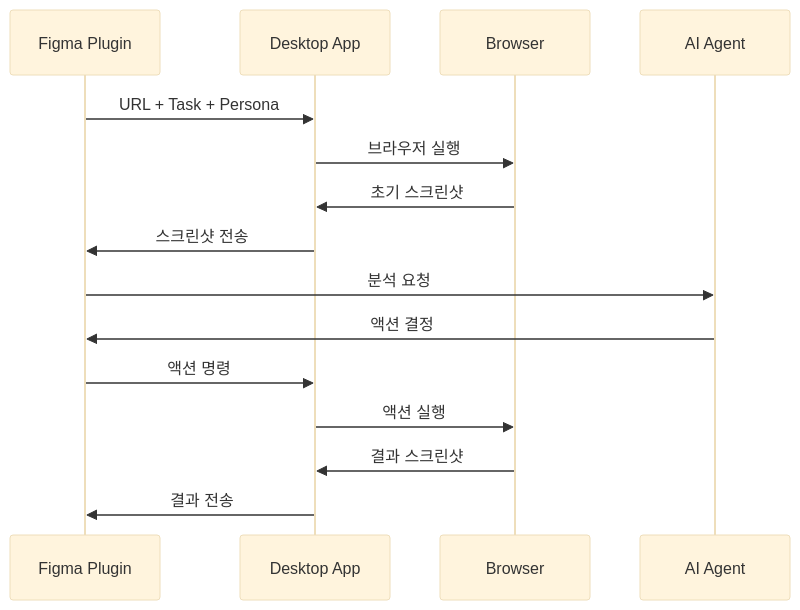
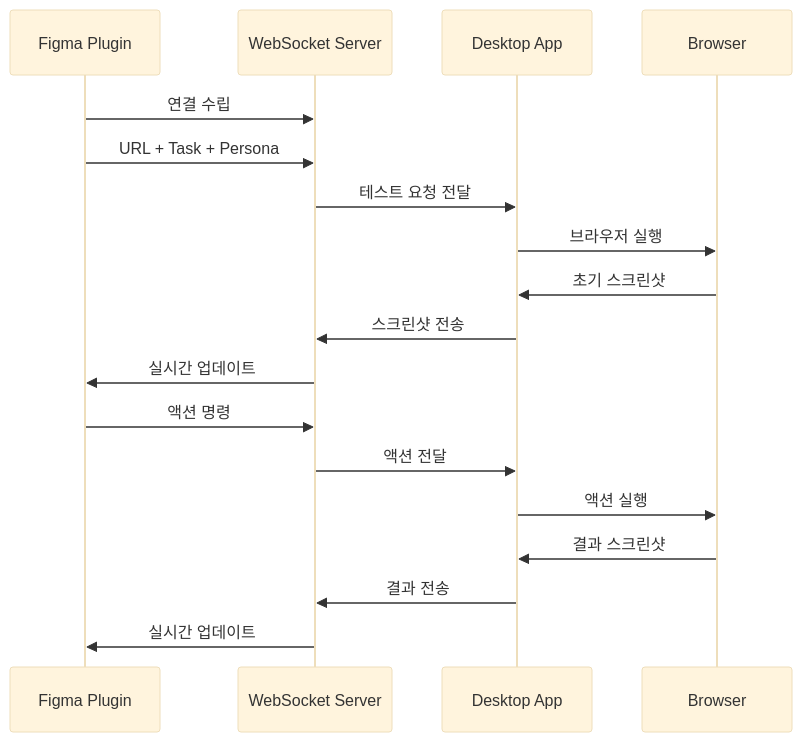
The diagram in README.md (FigmaAI/KleverDesktop), drawn with Mermaid (base theme) before and after one commit. The commit also changed other lines of this file and 21 other files, not shown here.

````diff
--- a/README.md
+++ b/README.md
@@ -9,17 +20,21 @@
 ```mermaid
 sequenceDiagram
-participant F as Figma Plugin
-participant D as Desktop App
-participant B as Browser
-participant A as AI Agent
-F->>D: URL + Task + Persona
-D->>B: 브라우저 실행
-B->>D: 초기 스크린샷
-D->>F: 스크린샷 전송
-F->>A: 분석 요청
-A->>F: 액션 결정
-F->>D: 액션 명령
-D->>B: 액션 실행
-B->>D: 결과 스크린샷
-D->>F: 결과 전송
+    participant F as Figma Plugin
+    participant W as WebSocket Server
+    participant D as Desktop App
+    participant B as Browser
+
+    F->>W: 연결 수립
+    F->>W: URL + Task + Persona
+    W->>D: 테스트 요청 전달
+    D->>B: 브라우저 실행
+    B->>D: 초기 스크린샷
+    D->>W: 스크린샷 전송
+    W->>F: 실시간 업데이트
+    F->>W: 액션 명령
+    W->>D: 액션 전달
+    D->>B: 액션 실행
+    B->>D: 결과 스크린샷
+    D->>W: 결과 전송
+    W->>F: 실시간 업데이트
 ```
````
